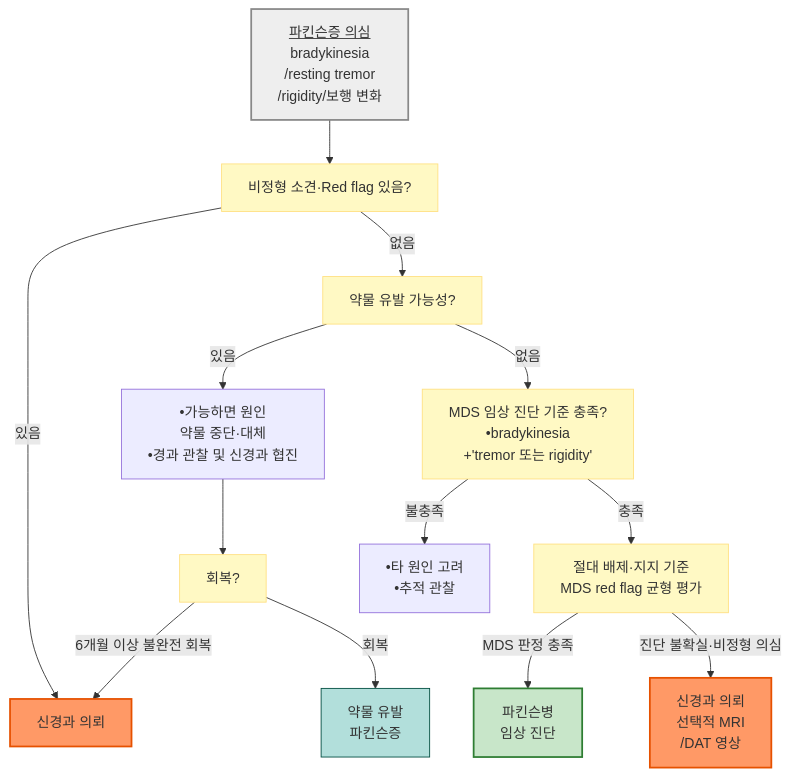
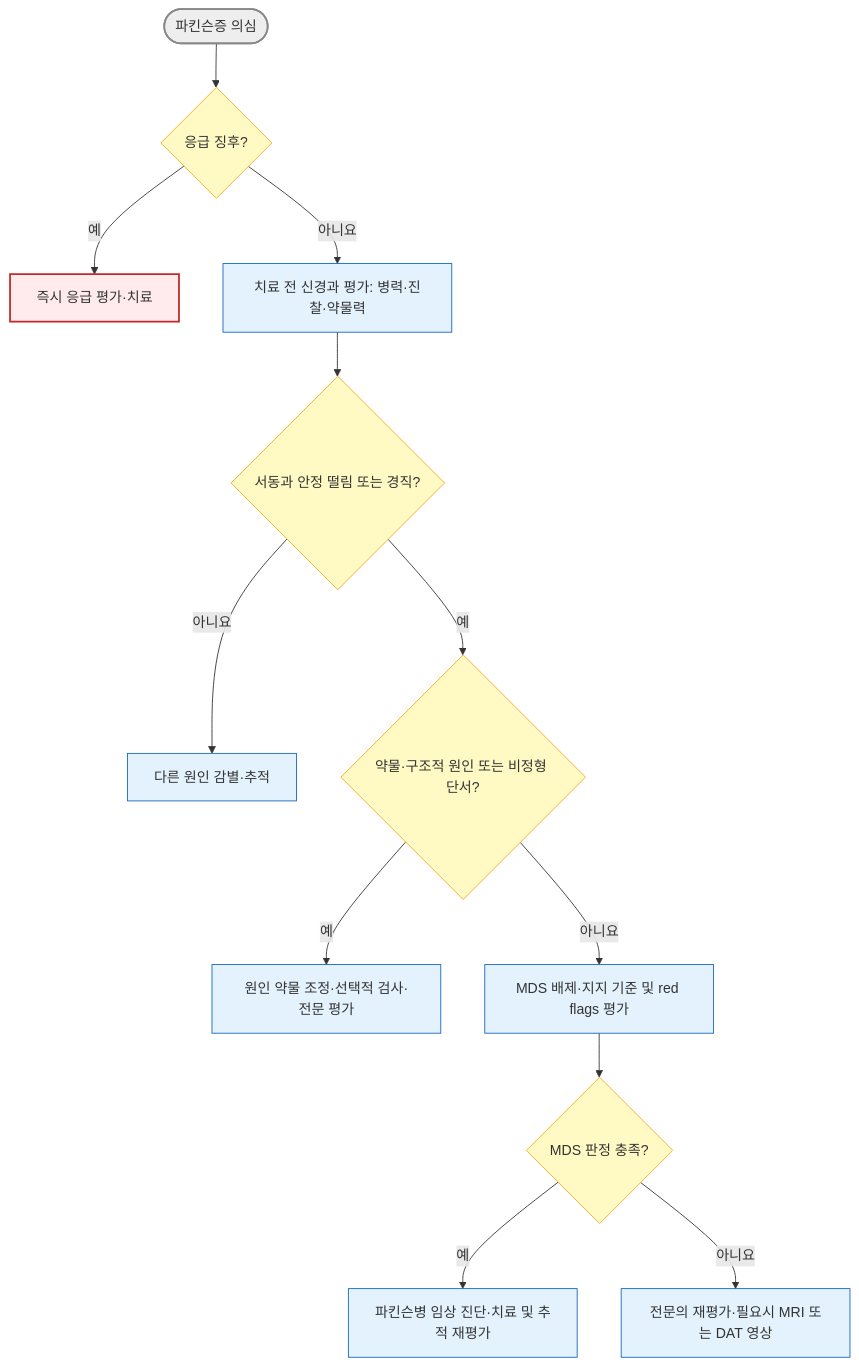
Before and after one commit to familyoh77/familyoh77: the first of 2 diagrams in 221_/035_-parkinsons-disease.md, drawn with Mermaid. The commit also changed other lines of this file and 2 other files, not shown here.

````diff
--- a/221_/035_-parkinsons-disease.md
+++ b/221_/035_-parkinsons-disease.md
@@ -215,23 +215,21 @@
 ```mermaid
-graph TD
-    A["<u>파킨슨증 의심</u><br/>bradykinesia<br/>/resting tremor<br/>/rigidity/보행 변화"] --> B["비정형 소견·Red flag 있음?"]
-    B -->|있음| C["신경과 의뢰"]
-    B -->|없음| D["약물 유발 가능성?"]
-    D -->|있음| E["•가능하면 원인 <br/>약물 중단·대체<br/>•경과 관찰 및 신경과 협진"]
-    E --> F["회복?"]
-    F -->|"6개월 이상 불완전 회복"| C
-    F -->|회복| G["약물 유발 <br/>파킨슨증"]
-    D -->|없음| H["MDS 임상 진단 기준 충족?<br/>•bradykinesia <br/>+'tremor 또는 rigidity'"]
-    H -->|불충족| I["•타 원인 고려<br/>•추적 관찰"]
-    H -->|충족| J["절대 배제·지지 기준<br/>MDS red flag 균형 평가"]
-    J -->|"MDS 판정 충족"| R["파킨슨병 <br/>임상 진단"]
-    J -->|"진단 불확실·비정형 의심"| K["신경과 의뢰<br/>선택적 MRI<br/>/DAT 영상"]
-    style A fill:#eeeeee,stroke:#888888,stroke-width:2px
-
-classDef yellow fill:#fff9c4,stroke:#ffe082
-class B,D,F,H,J yellow
-    style C fill:#f96,stroke:#e65100,stroke-width:2px
-    style K fill:#f96,stroke:#e65100,stroke-width:2px
-    style G fill:#b2dfdb,stroke:#004d40,stroke-width:1px
-    style R fill:#c8e6c9,stroke:#2e7d32,stroke-width:2px
+flowchart TD
+    A(["파킨슨증 의심"]) --> B{"응급 징후?"}
+    B -- "예" --> C["즉시 응급 평가·치료"]
+    B -- "아니요" --> D["치료 전 신경과 평가: 병력·진찰·약물력"]
+    D --> E{"서동과 안정 떨림 또는 경직?"}
+    E -- "아니요" --> F["다른 원인 감별·추적"]
+    E -- "예" --> G{"약물·구조적 원인 또는 비정형 단서?"}
+    G -- "예" --> H["원인 약물 조정·선택적 검사·전문 평가"]
+    G -- "아니요" --> I["MDS 배제·지지 기준 및 red flags 평가"]
+    I --> J{"MDS 판정 충족?"}
+    J -- "예" --> K["파킨슨병 임상 진단·치료 및 추적 재평가"]
+    J -- "아니요" --> L["전문의 재평가·필요시 MRI 또는 DAT 영상"]
+    style A fill:#eee,stroke:#888,stroke-width:2px
+    classDef decision fill:#fff9c4,stroke:#f9a825
+    classDef emergency fill:#ffebee,stroke:#c62828,stroke-width:2px
+    classDef action fill:#e3f2fd,stroke:#1565c0
+    class B,E,G,J decision
+    class C emergency
+    class D,F,H,I,K,L action
 ```
````
